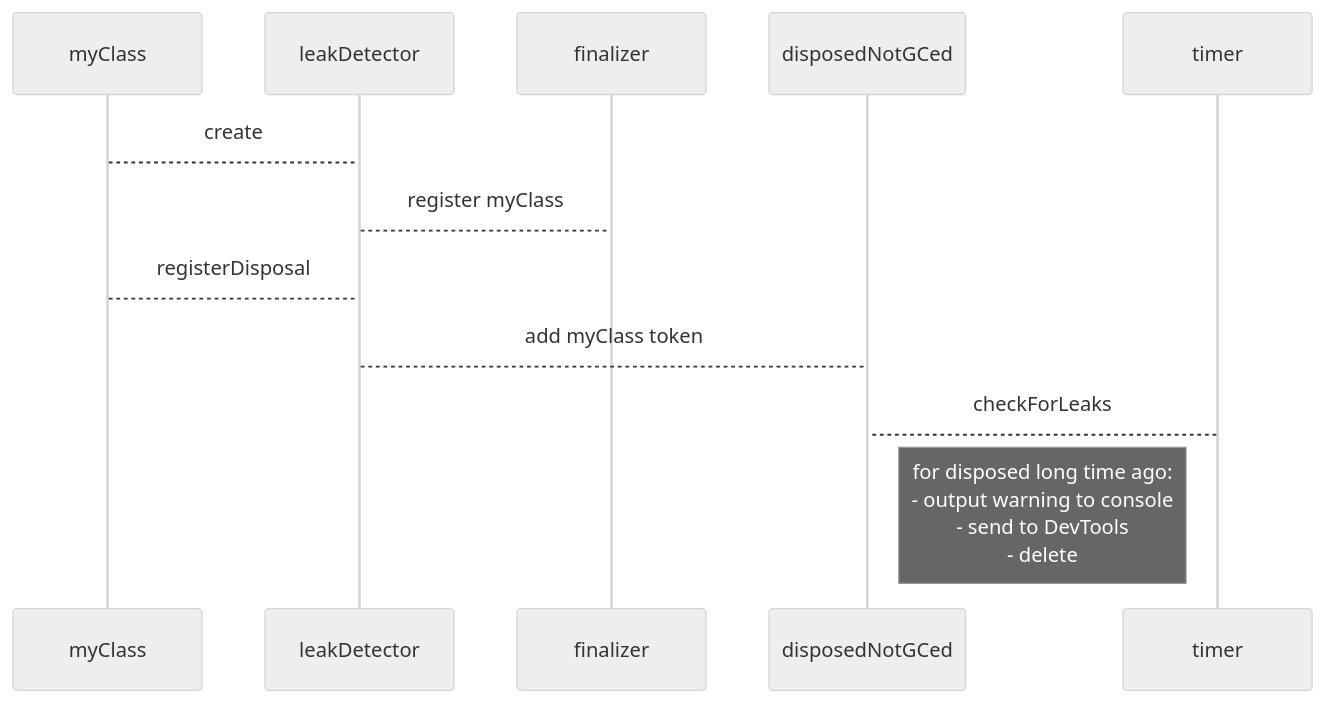
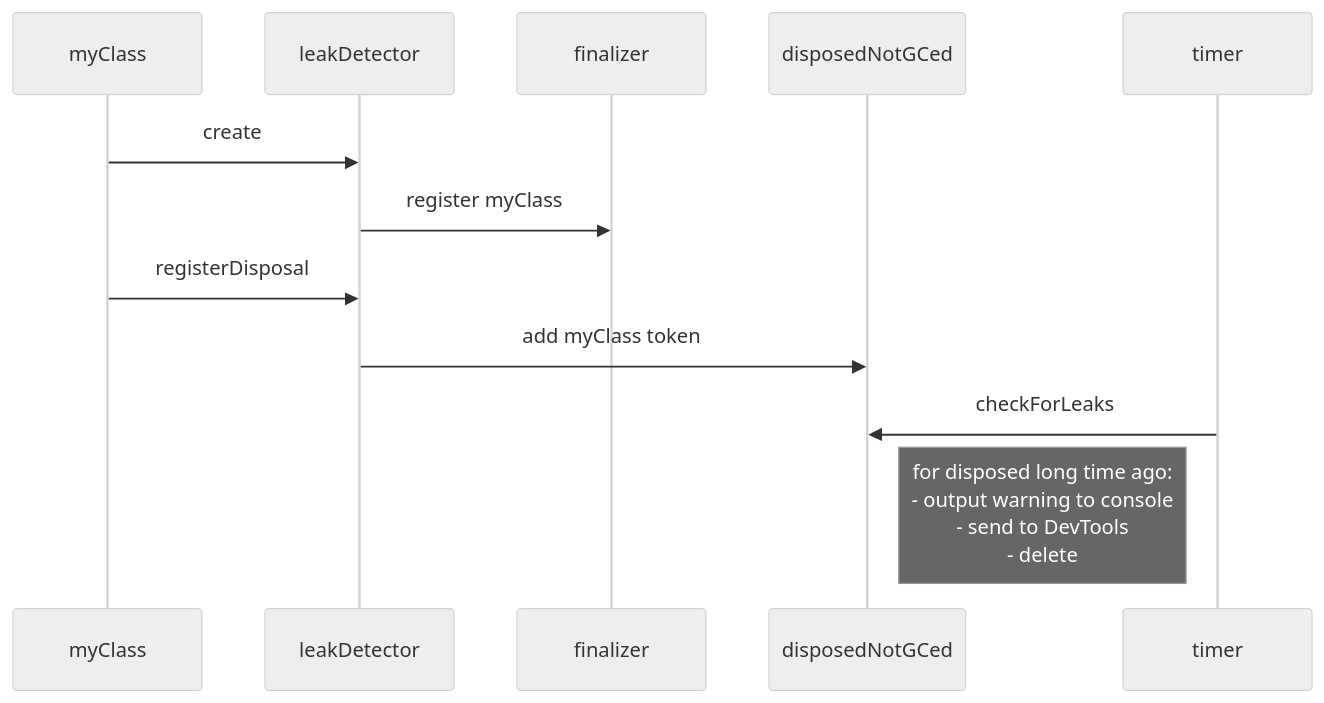
One commit to polina-c/spikes changed the diagram in dart-leaks/doc/not_gced.md. Above: the diagram before and after it, drawn with Mermaid (neutral theme).

````diff
--- a/dart-leaks/doc/not_gced.md
+++ b/dart-leaks/doc/not_gced.md
@@ -1,10 +1,10 @@
 ```mermaid
 sequenceDiagram
-	myClass --> leakDetector: create
-	leakDetector --> finalizer: register myClass
-	myClass --> leakDetector: registerDisposal
-	leakDetector --> disposedNotGCed: add myClass token
+	myClass ->> leakDetector: create
+	leakDetector ->> finalizer: register myClass
+	myClass ->> leakDetector: registerDisposal
+	leakDetector ->> disposedNotGCed: add myClass token
 	
-	timer --> disposedNotGCed: checkForLeaks
+	timer ->> disposedNotGCed: checkForLeaks
 	Note right of disposedNotGCed: for disposed long time ago:<br/>- output warning to console<br/>- send to DevTools<br/>- delete 
 ```
````
